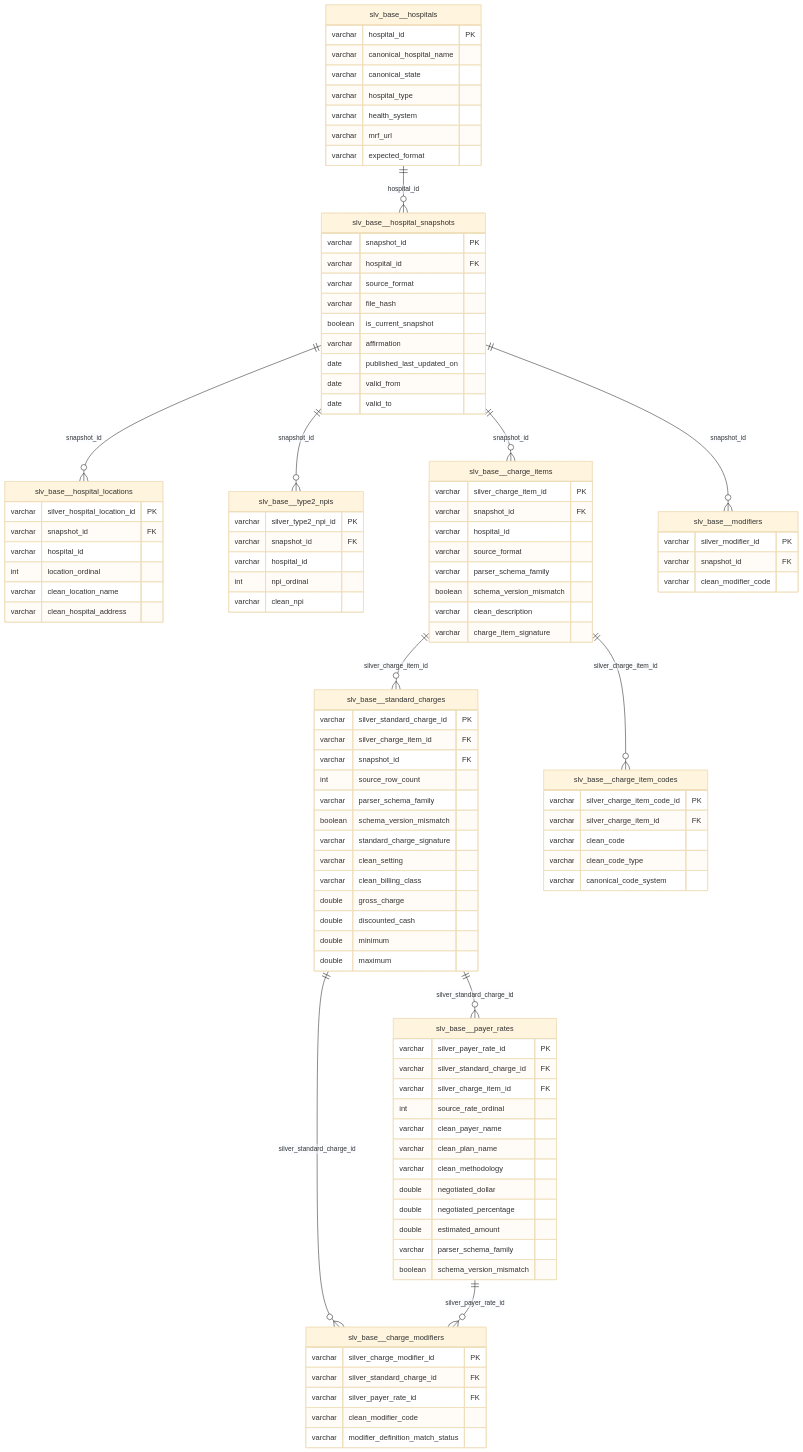
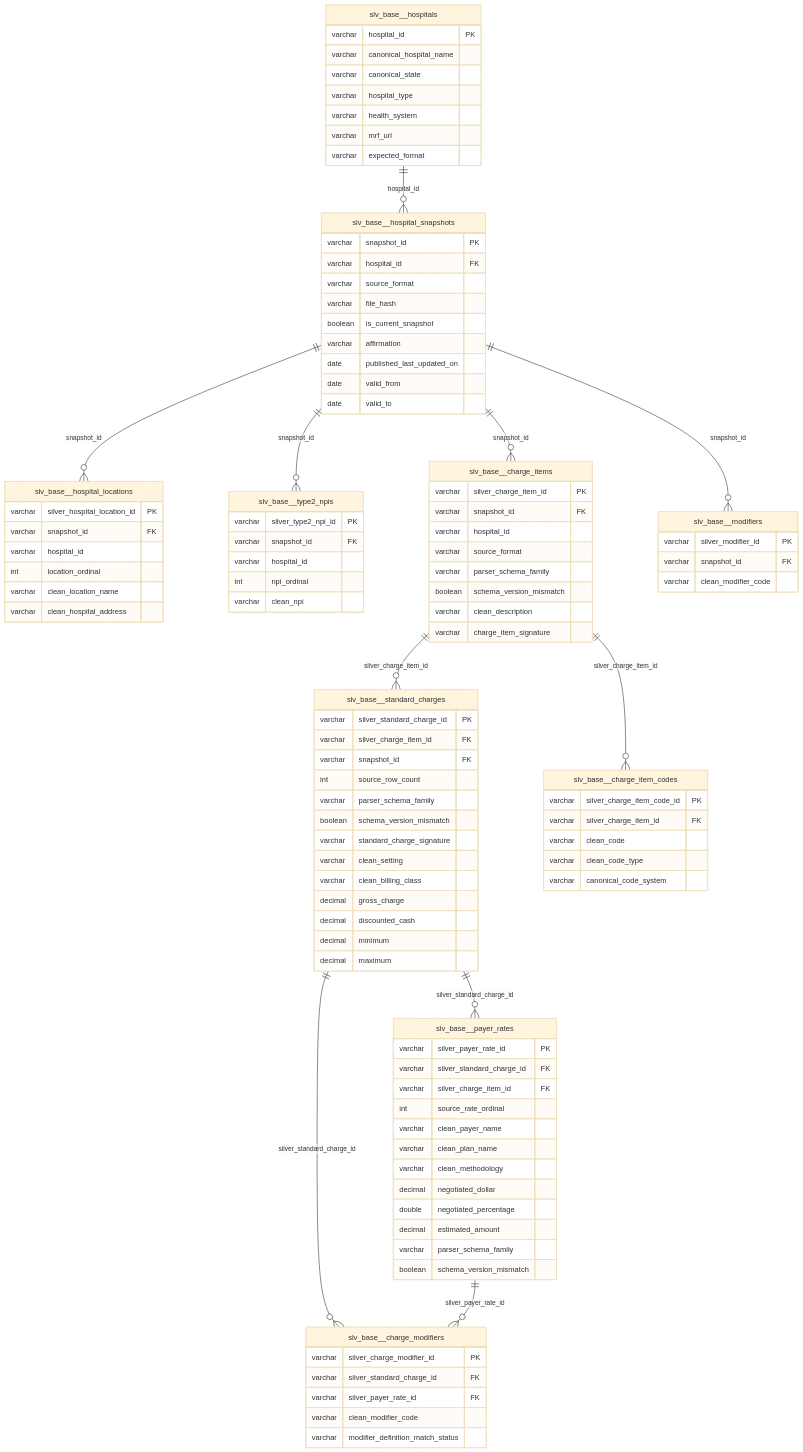
One commit to jakegussler/hospital-price-transparency-analytics changed the third of 3 diagrams in docs/architecture/silver-schema.md. Above: the diagram before and after it, drawn with Mermaid (base theme). The commit also changed other lines of this file and 1 other file, not shown here.

Commit message:
docs: update schema docs to reflect preservation of raw values in bronze

```diff
--- a/docs/architecture/silver-schema.md
+++ b/docs/architecture/silver-schema.md
@@ -512,10 +512,10 @@
         varchar standard_charge_signature
         varchar clean_setting
         varchar clean_billing_class
-        double gross_charge
-        double discounted_cash
-        double minimum
-        double maximum
+        decimal gross_charge
+        decimal discounted_cash
+        decimal minimum
+        decimal maximum
     }
 
     slv_base__charge_item_codes {
@@ -540,9 +540,9 @@
         varchar clean_payer_name
         varchar clean_plan_name
         varchar clean_methodology
-        double negotiated_dollar
+        decimal negotiated_dollar
         double negotiated_percentage
-        double estimated_amount
+        decimal estimated_amount
         varchar parser_schema_family
         boolean schema_version_mismatch
     }
```
